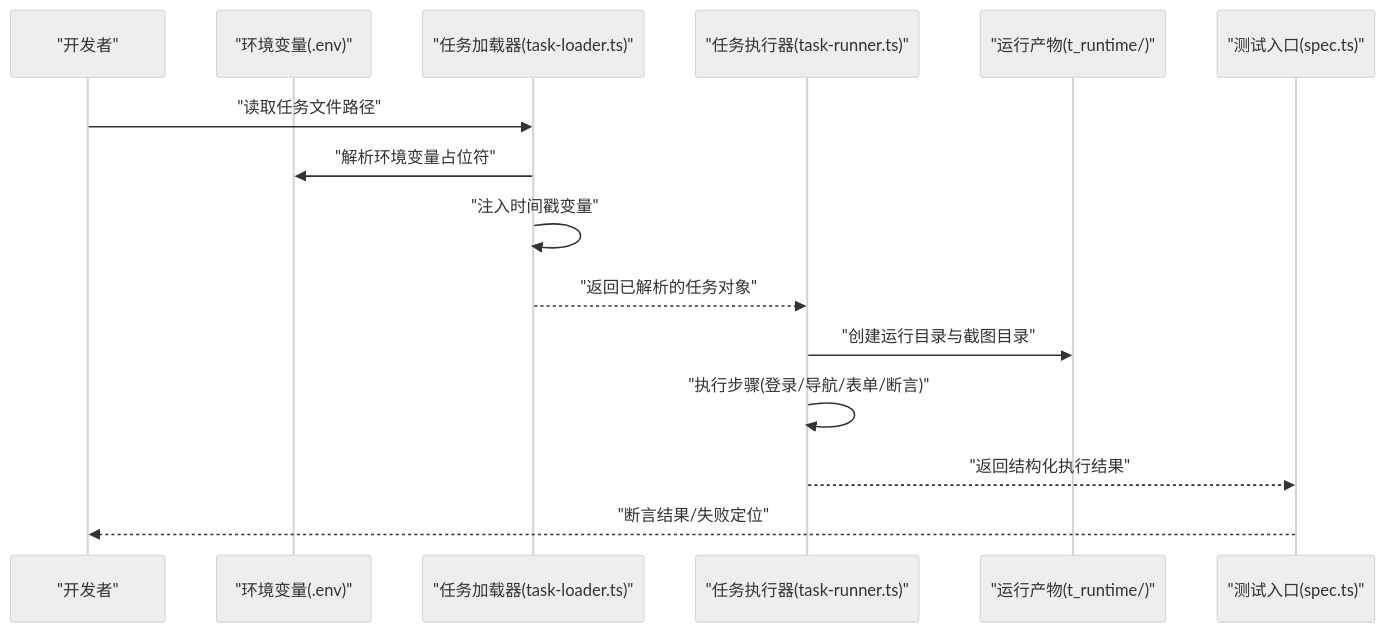
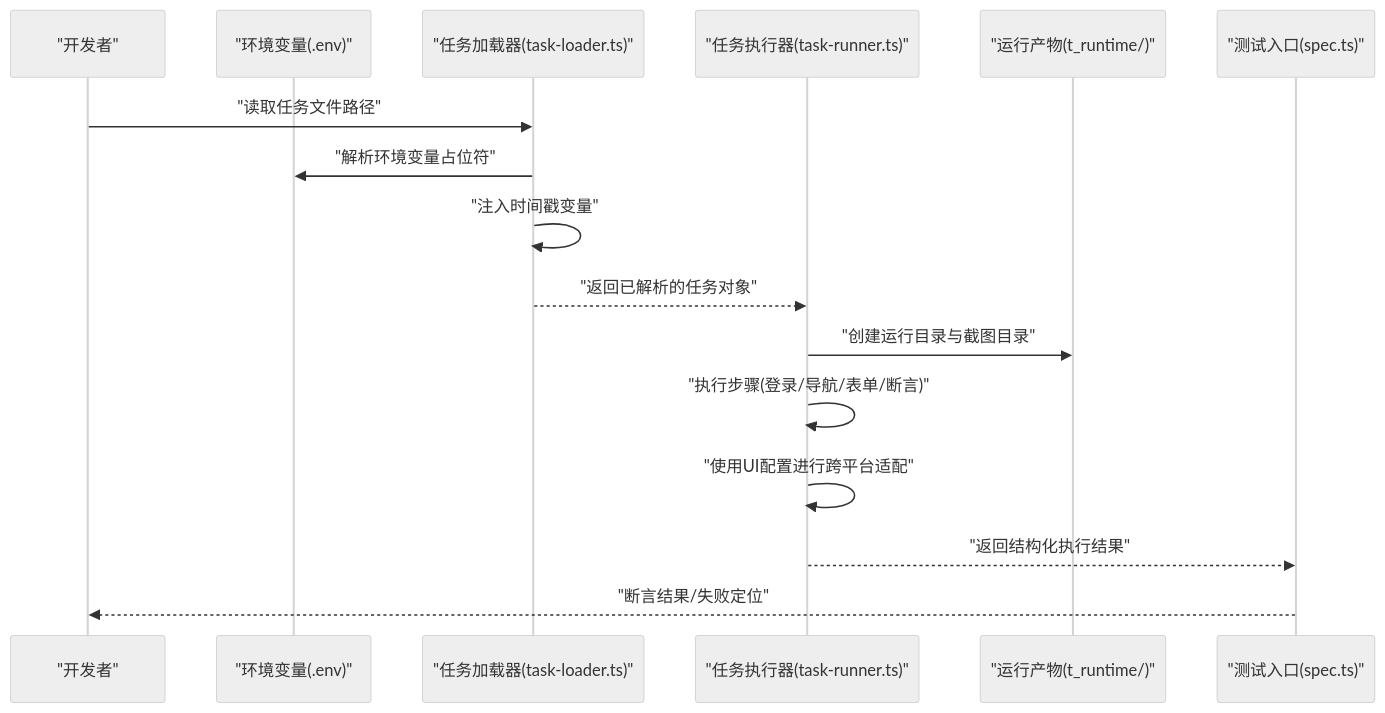
One commit to Jiane-EJ/playwright-mind changed the second of 4 diagrams in .qoder/repowiki/zh/content/任务系统/任务模板使用.md. Above: the diagram before and after it, drawn with Mermaid (neutral theme). The commit also changed other lines of this file and 5 other files, not shown here.

````diff
--- a/.qoder/repowiki/zh/content/任务系统/任务模板使用.md
+++ b/.qoder/repowiki/zh/content/任务系统/任务模板使用.md
@@ -101,17 +107,18 @@
 ```mermaid
 sequenceDiagram
 participant Dev as "开发者"
 participant Env as "环境变量(.env)"
 participant Loader as "任务加载器(task-loader.ts)"
 participant Runner as "任务执行器(task-runner.ts)"
 participant Report as "运行产物(t_runtime/)"
 participant Spec as "测试入口(spec.ts)"
 Dev->>Loader : "读取任务文件路径"
 Loader->>Env : "解析环境变量占位符"
 Loader->>Loader : "注入时间戳变量"
 Loader-->>Runner : "返回已解析的任务对象"
 Runner->>Report : "创建运行目录与截图目录"
 Runner->>Runner : "执行步骤(登录/导航/表单/断言)"
+Runner->>Runner : "使用UI配置进行跨平台适配"
 Runner-->>Spec : "返回结构化执行结果"
 Spec-->>Dev : "断言结果/失败定位"
 ```
````
